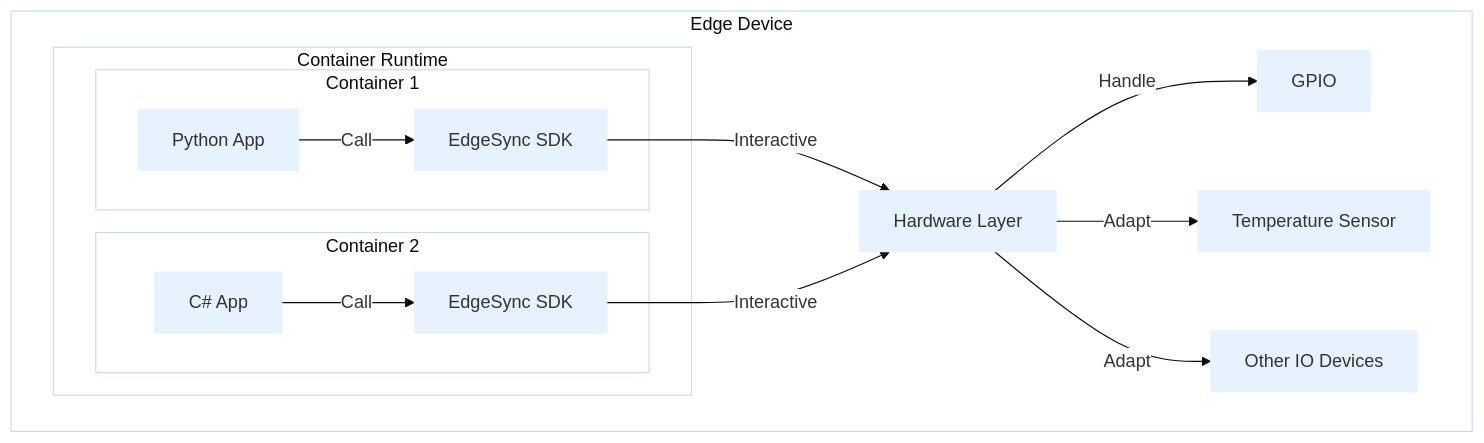
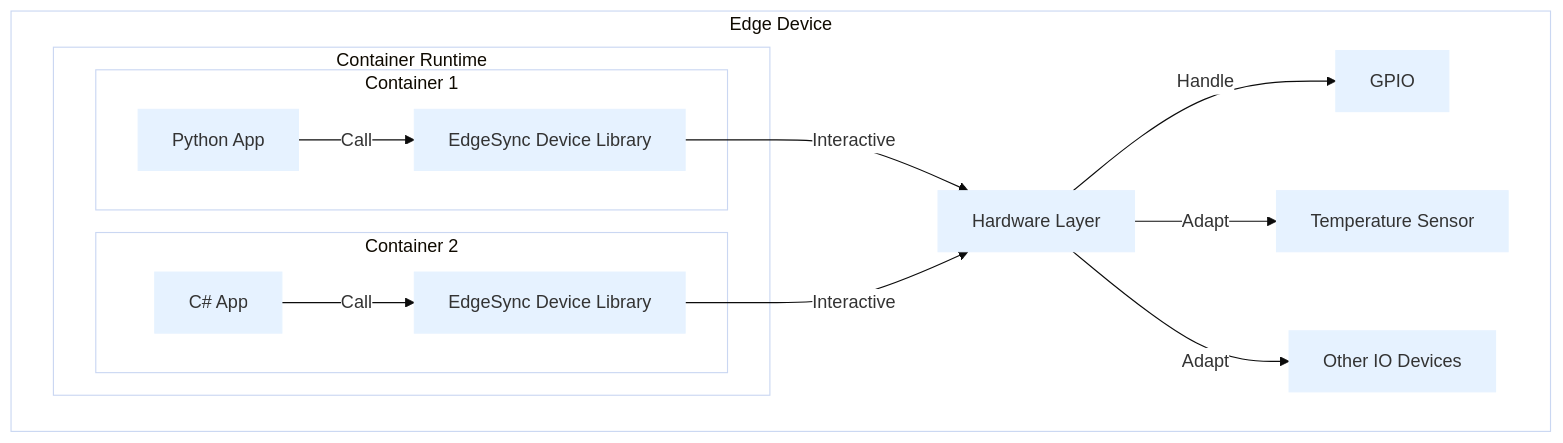
Before and after one commit to kkman021/LearnPortal: the second of 4 diagrams in EdgeSync/library/Architecture.md, drawn with Mermaid. The commit also changed other lines of this file and 2 other files, not shown here.

````diff
--- a/EdgeSync/library/Architecture.md
+++ b/EdgeSync/library/Architecture.md
@@ -40,29 +44,29 @@
 ```mermaid
 %%{init: {'theme': 'base', 'themeVariables': { 'primaryColor': '#e6f2ff', 'primaryBorderColor': '#e6f2ff',  'secondaryColor': '#ffffff', 'tertiaryColor': '#f0f5ff', 'clusterBkg': '#ffffff', 'subGraphBkg': '#ffffff' }}}%%
 graph TB
     subgraph "Edge Device"
         subgraph "Container Runtime"
             subgraph "Container 1"
                 A1[Python App]
-                D1[EdgeSync SDK]
+                D1[EdgeSync Device Library]
             end
             subgraph "Container 2"
                 A2[C# App]
-                D2[EdgeSync SDK]
+                D2[EdgeSync Device Library]
             end
         end
         
         H[Hardware Layer]
         F1[GPIO]
         G1[Temperature Sensor]
         H1[Other IO Devices]
     end
 
     A1 -->|Call| D1
     A2 -->|Call| D2
     D1 -->|Interactive| H
     D2 -->|Interactive| H
     H -->|Handle| F1
     H -->|Adapt| G1
     H -->|Adapt| H1
 ```
````
